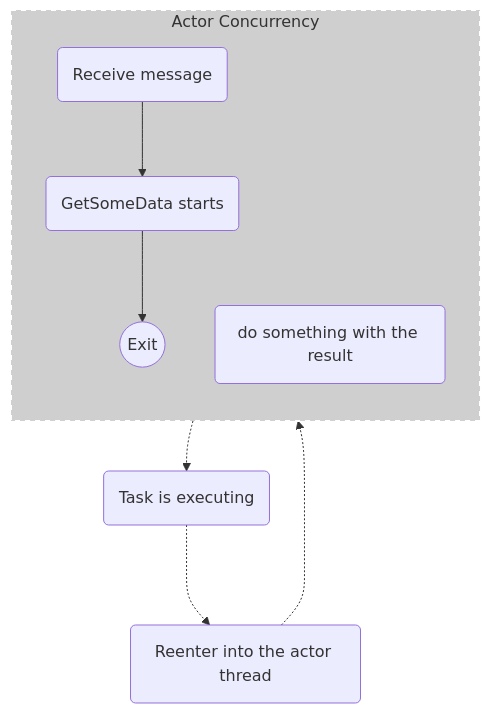
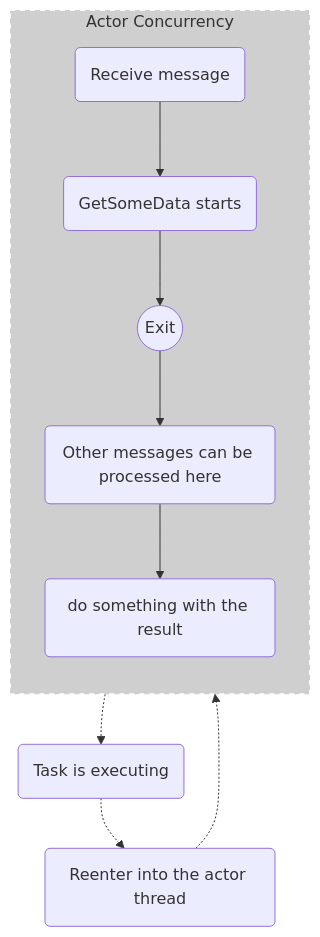
Before and after one commit to asynkron/protoactor-website: the second of 2 diagrams in hugo/content/docs/reenter.md, drawn with Mermaid. The commit also changed 1 other file, not shown here.

````diff
--- a/hugo/content/docs/reenter.md
+++ b/hugo/content/docs/reenter.md
@@ -74,25 +74,24 @@
 ```mermaid
     graph TB
     receive(Receive message)
     start(GetSomeData starts)
     await(Reenter into the actor thread)
     blocked(Task is executing)
     class blocked green
     rest(do something with the result)
     exit((Exit))
     class exit gray
+    free1(Other messages can be processed here)
+    class free1 comment
 
 
 subgraph ac [Actor Concurrency]
     style ac fill:#00000030, stroke-dasharray: 5, stroke: #ffffff, stroke-width:2px
     direction TB
-    receive --> start --> exit
-    rest
+    receive --> start --> exit -->free1-->rest
 end
 
-blocked -..-> await
-start -.-> blocked
-await -.-> rest
+start -.-> blocked -.-> await -.-> rest
 
 
 ```
````
